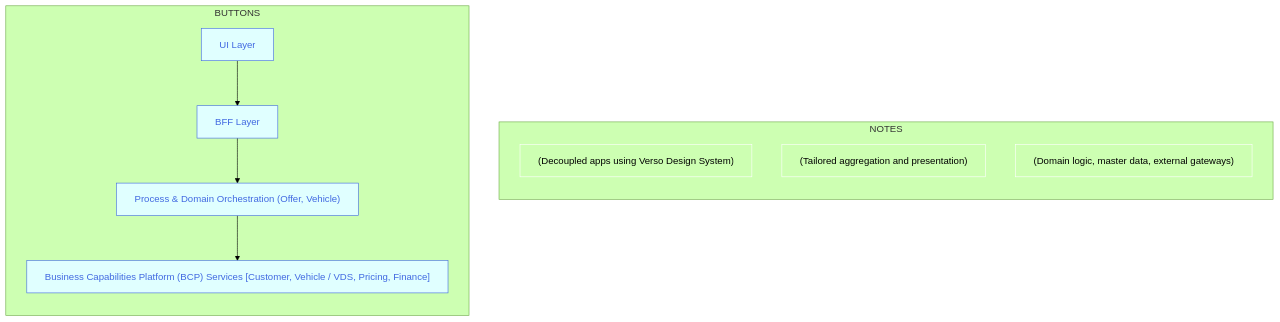
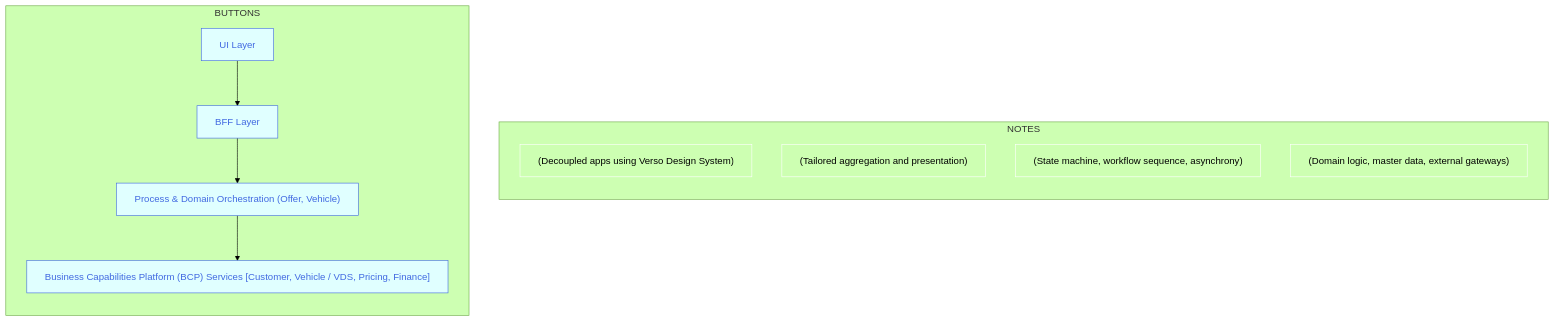
One commit to joe-dorward/samples changed the diagram in buttons_mermaid_v3.md. Above: the diagram before and after it, drawn with Mermaid (forest theme).

````diff
--- a/buttons_mermaid_v3.md
+++ b/buttons_mermaid_v3.md
@@ -3,45 +3,46 @@
 ```mermaid
   %%{
     init: {"flowchart": { "markdownAutoWrap":"false", "textWrap":"false", "wrappingWidth": "100%" }
     }
   }%%
   flowchart LR
 
   %% define styles
   classDef Button fill:lightcyan, stroke:royalblue, color:royalblue;
   classDef Note fill:transparent, stroke:white, text-align:left;
 
   subgraph BUTTONS
     direction TD
 
     BUTTON_01["UI Layer"]:::Button
     click BUTTON_01 "https://en.wikipedia.org/wiki/Main_Page" _blank
 
     BUTTON_02["BFF Layer"]:::Button
     click BUTTON_02 "https://en.wikipedia.org/wiki/Main_Page" _blank
 
     BUTTON_03["Process & Domain Orchestration (Offer, Vehicle)"]:::Button
     click BUTTON_03 "https://en.wikipedia.org/wiki/Main_Page" _blank
 
     BUTTON_04["Business Capabilities Platform (BCP) Services [Customer, Vehicle / VDS, Pricing, Finance]"]:::Button
     click BUTTON_04 "https://en.wikipedia.org/wiki/Main_Page" _blank
   end
 
   subgraph NOTES
     direction TD
     BUTTON_01_NOTE["(Decoupled apps using Verso Design System)"]:::Note
     BUTTON_02_NOTE["(Tailored aggregation and presentation)"]:::Note
     BUTTON_03_NOTE["(State machine, workflow sequence, asynchrony)"]:::Note
-    BUTTON_03_NOTE["(Domain logic, master data, external gateways)"]:::Note
+    BUTTON_04_NOTE["(Domain logic, master data, external gateways)"]:::Note
   end
 
+  %% invisibly connect BUTTONS (sub-graph) to NOTES (sub-graph)
   BUTTONS~~~
   NOTES
 
-    BUTTON_01-->
-    BUTTON_02-->
-    BUTTON_03-->
-    BUTTON_04
+  BUTTON_01-->
+  BUTTON_02-->
+  BUTTON_03-->
+  BUTTON_04
 
 
 ```
````
